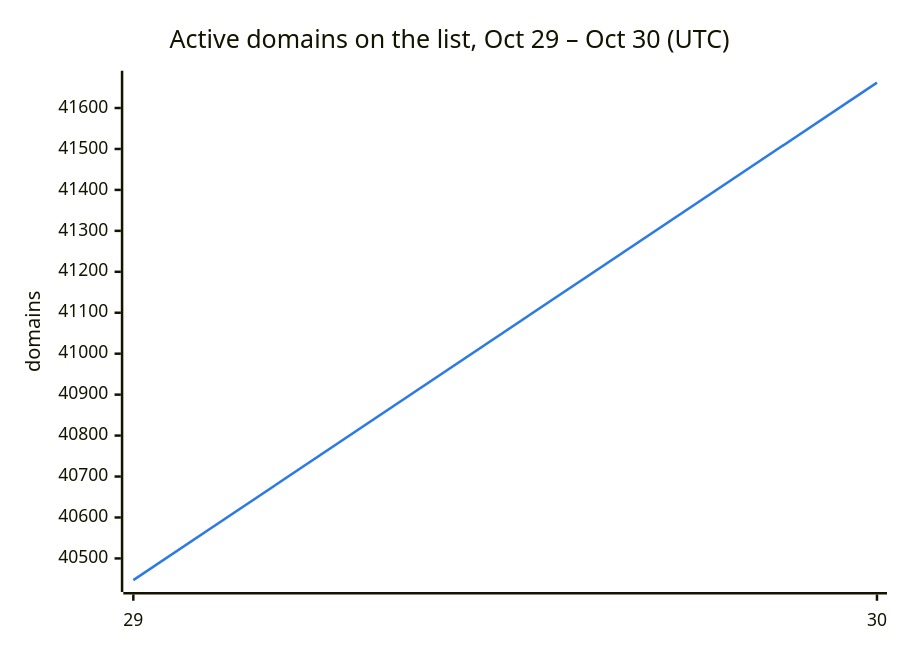
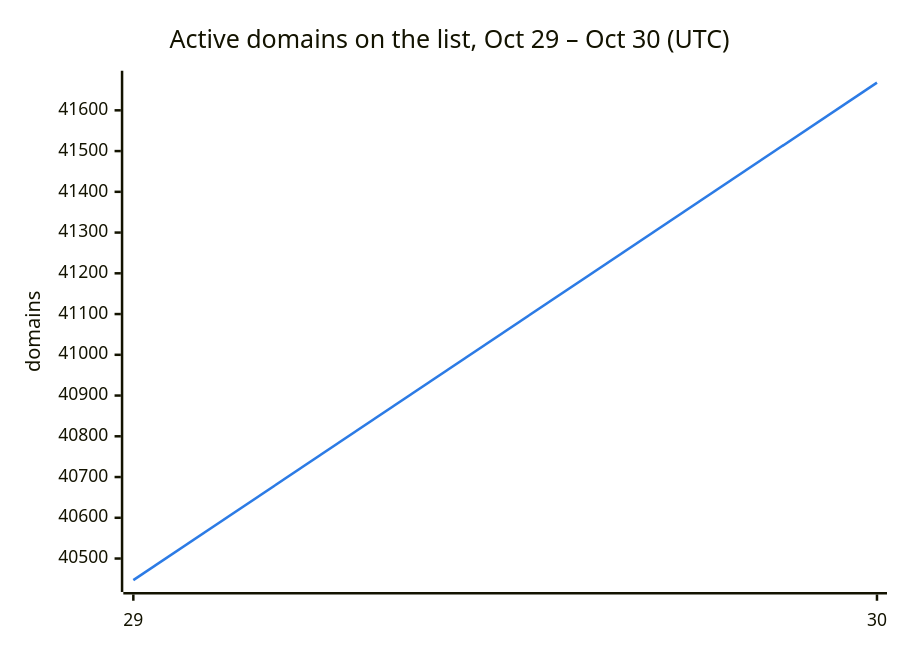
One commit to DNSBunker/CTI changed the second of 3 diagrams in README.md. Above: the diagram before and after it, drawn with Mermaid. The commit also changed other lines of this file and 3 other files, not shown here.

````diff
--- a/README.md
+++ b/README.md
@@ -38,8 +38,8 @@
 ```mermaid
 %%{init: {"themeVariables": {"xyChart": {"plotColorPalette": "#2c7be5"}}}}%%
 xychart-beta
     title "Active domains on the list, Oct 29 – Oct 30 (UTC)"
     x-axis ["29", "30"]
     y-axis "domains"
-    line [40447, 41662]
+    line [40447, 41668]
 ```
````
